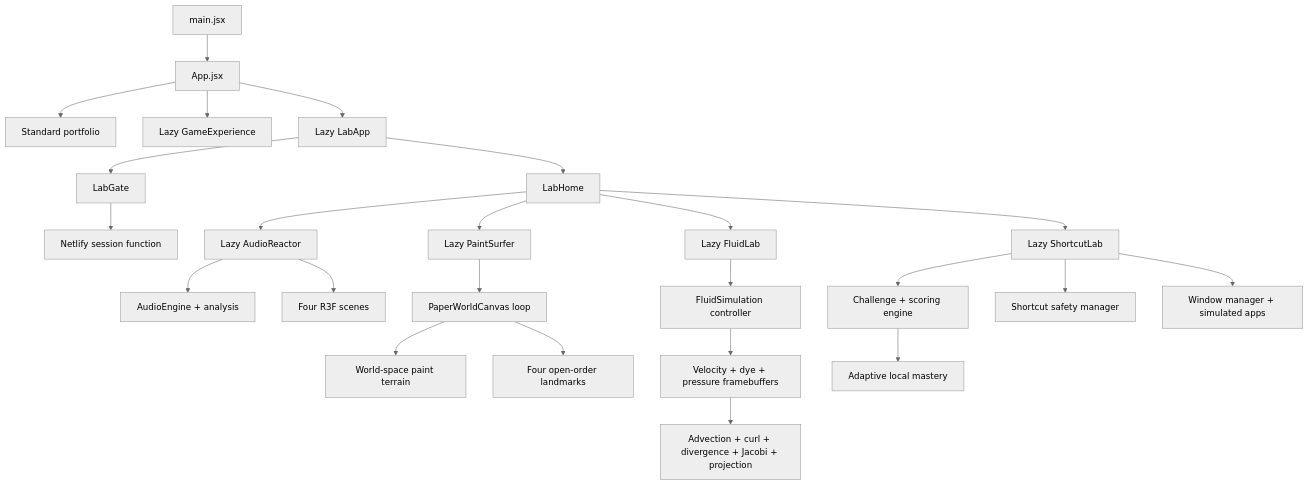
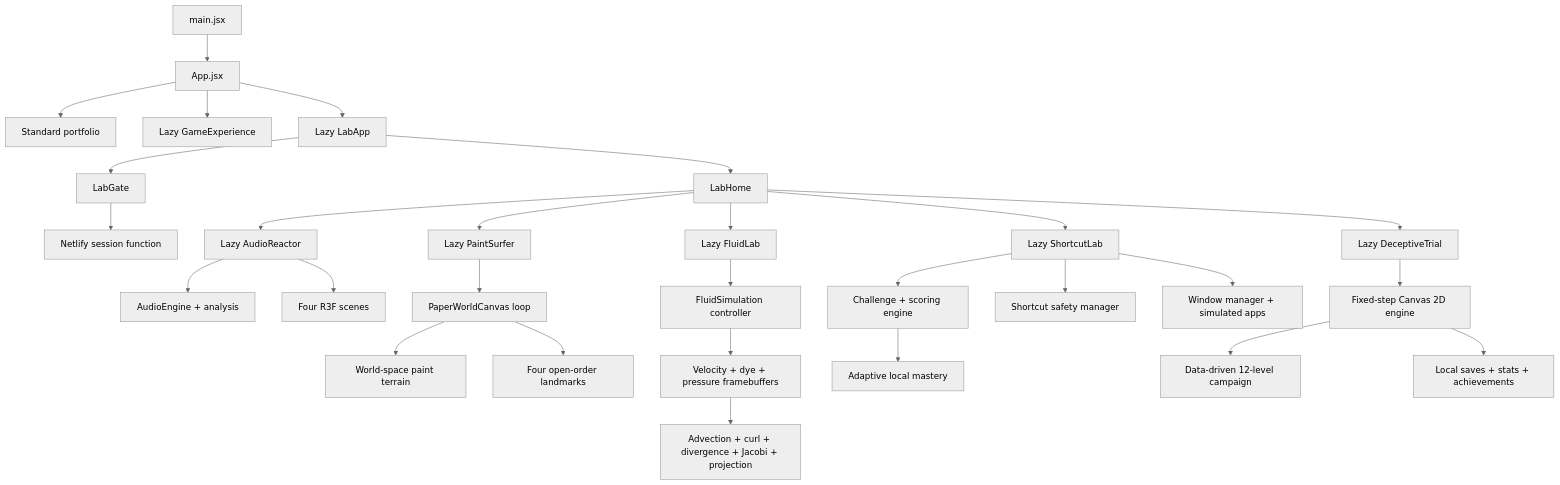
One commit to Priitivi/Portfolio changed the diagram in README.md. Above: the diagram before and after it, drawn with Mermaid (neutral theme). The commit also changed other lines of this file and 1 other file, not shown here.

Commit message:
docs: document deceptive trial engine

````diff
--- a/README.md
+++ b/README.md
@@ -50,26 +51,30 @@
 ```mermaid
 flowchart TD
     Entry[main.jsx] --> App[App.jsx]
     App --> Portfolio[Standard portfolio]
     App --> Fighter[Lazy GameExperience]
     App --> Lab[Lazy LabApp]
     Lab --> Gate[LabGate]
     Gate --> Session[Netlify session function]
     Lab --> Dashboard[LabHome]
     Dashboard --> Reactor[Lazy AudioReactor]
     Dashboard --> Painter[Lazy PaintSurfer]
     Dashboard --> Fluid[Lazy FluidLab]
     Dashboard --> Shortcuts[Lazy ShortcutLab]
+    Dashboard --> Trial[Lazy DeceptiveTrial]
     Reactor --> WebAudio[AudioEngine + analysis]
     Reactor --> ReactorScene[Four R3F scenes]
     Painter --> PaperCanvas[PaperWorldCanvas loop]
     PaperCanvas --> Drawing[World-space paint terrain]
     PaperCanvas --> Story[Four open-order landmarks]
     Fluid --> Solver[FluidSimulation controller]
     Solver --> Fields[Velocity + dye + pressure framebuffers]
     Fields --> Passes[Advection + curl + divergence + Jacobi + projection]
     Shortcuts --> ShortcutEngine[Challenge + scoring engine]
     Shortcuts --> SafeInput[Shortcut safety manager]
     Shortcuts --> FakeDesktop[Window manager + simulated apps]
     ShortcutEngine --> LocalMastery[Adaptive local mastery]
+    Trial --> TrialEngine[Fixed-step Canvas 2D engine]
+    TrialEngine --> TrialLevels[Data-driven 12-level campaign]
+    TrialEngine --> TrialProgress[Local saves + stats + achievements]
 ```
````
